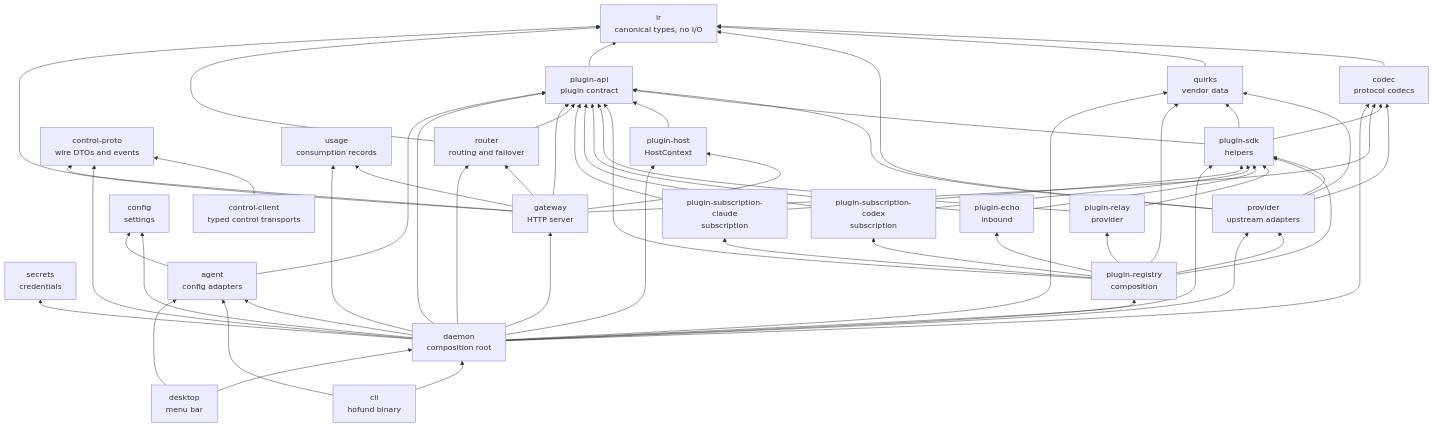
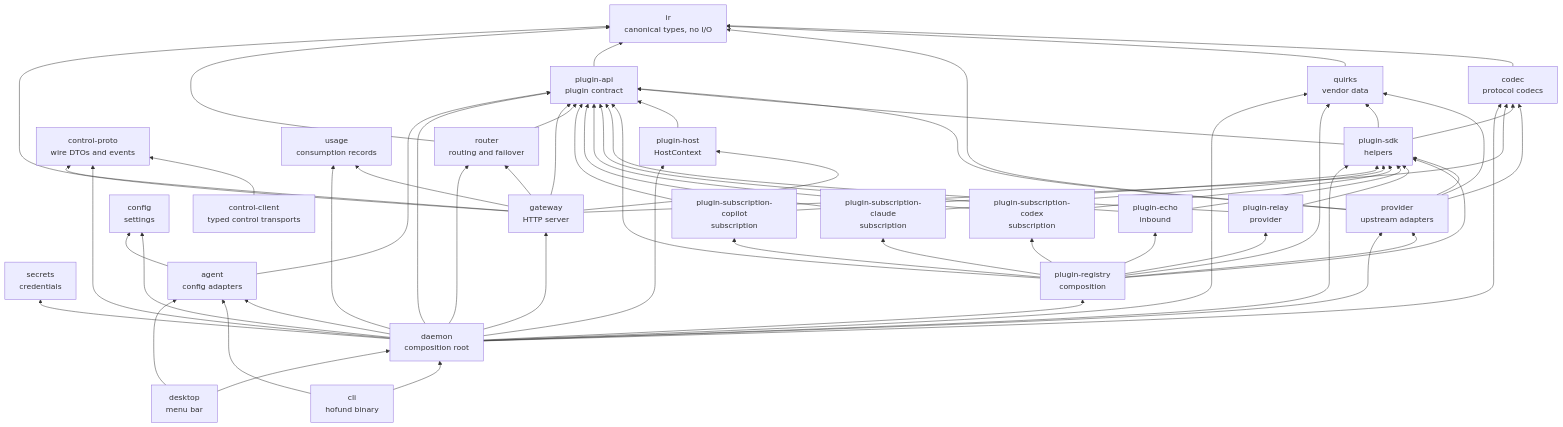
One commit to logibricks-io/open-heimdall-hofund changed the diagram in docs/architecture.md. Above: the diagram before and after it, drawn with Mermaid. The commit also changed other lines of this file and 19 other files, not shown here.

Commit message:
H6: GitHub Copilot subscription plugin (device sign-in, GHE.com, session tokens, quota)

```diff
--- a/docs/architecture.md
+++ b/docs/architecture.md
@@ -58,6 +58,7 @@
   pluginEcho["plugin-echo<br/>inbound"]
   pluginCodex["plugin-subscription-codex<br/>subscription"]
   pluginClaude["plugin-subscription-claude<br/>subscription"]
+  pluginCopilot["plugin-subscription-copilot<br/>subscription"]
   gateway["gateway<br/>HTTP server"]
   daemon["daemon<br/>composition root"]
   cli["cli<br/>hofund binary"]
@@ -81,6 +82,7 @@
   pluginRegistry --> pluginEcho
   pluginRegistry --> pluginCodex
   pluginRegistry --> pluginClaude
+  pluginRegistry --> pluginCopilot
   pluginRegistry --> provider
   pluginRegistry --> quirks
   pluginRelay --> pluginApi
@@ -91,6 +93,8 @@
   pluginCodex --> pluginSdk
   pluginClaude --> pluginApi
   pluginClaude --> pluginSdk
+  pluginCopilot --> pluginApi
+  pluginCopilot --> pluginSdk
   router --> pluginApi
   router --> ir
   gateway --> router
```
